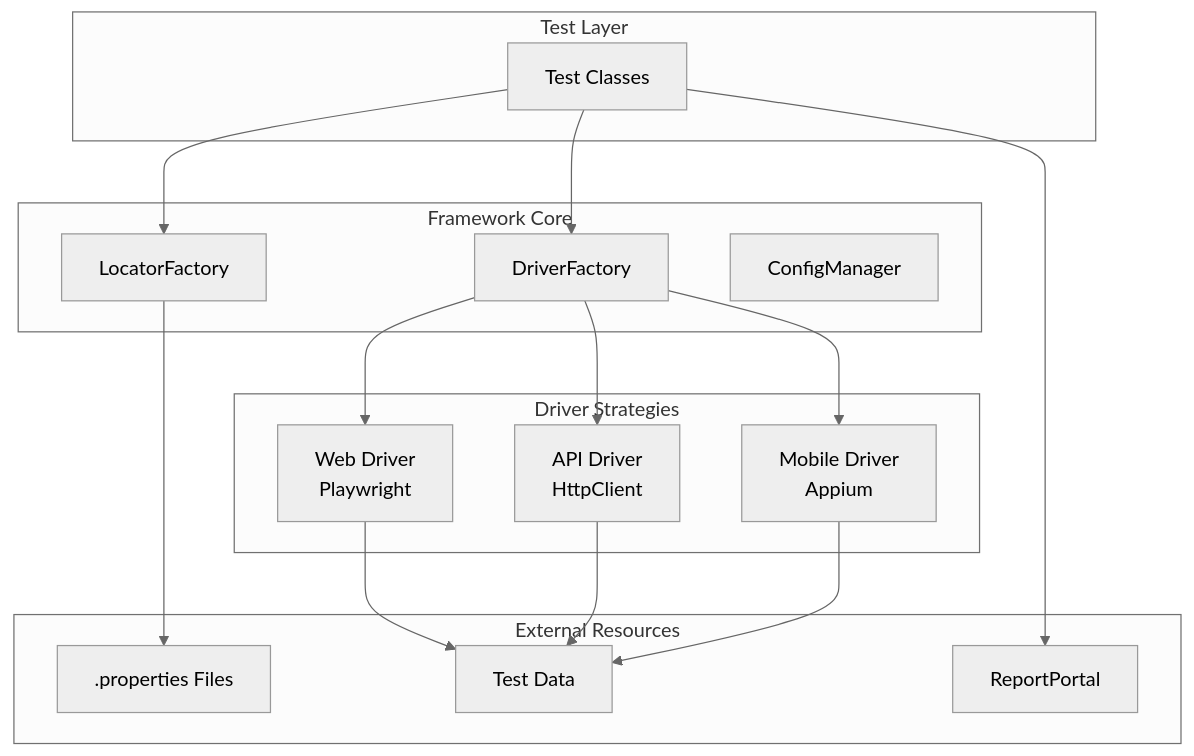
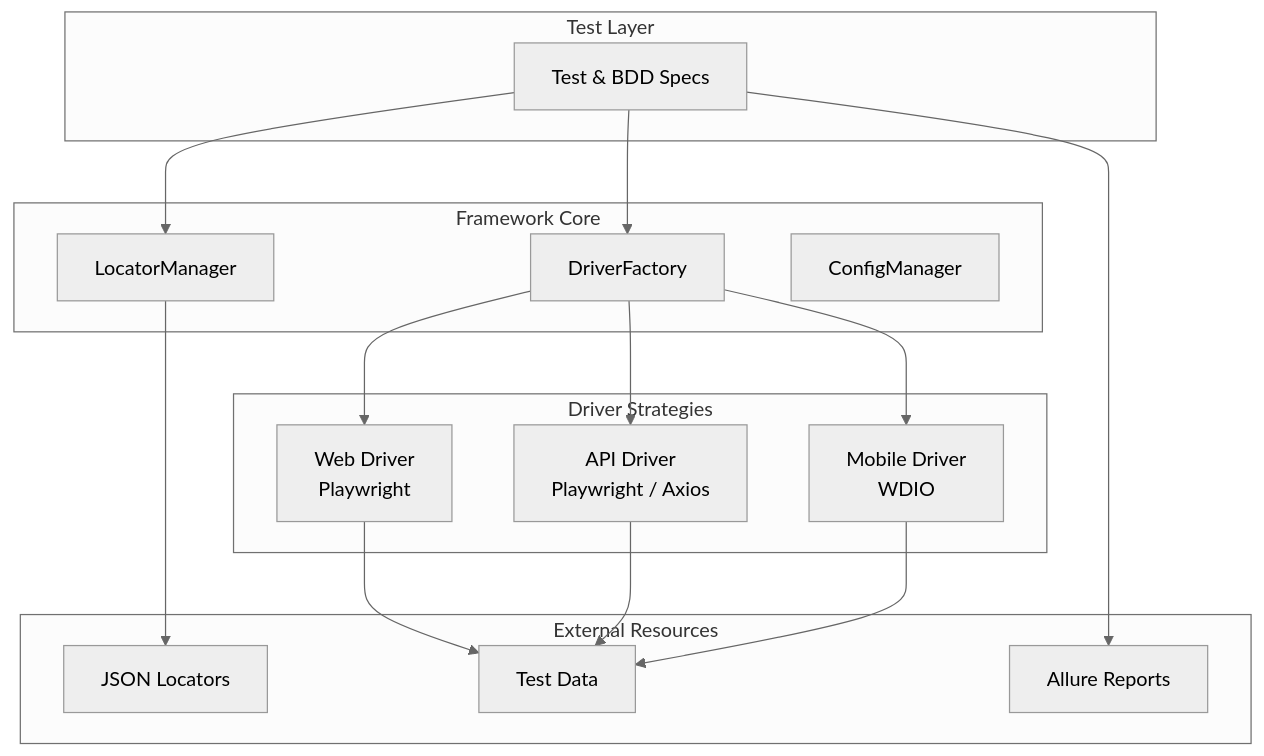
Before and after one commit to vinipx/taflex: the diagram in documentation/docs/index.md, drawn with Mermaid (neutral theme). The commit also changed other lines of this file and 69 other files, not shown here.

````diff
--- a/documentation/docs/index.md
+++ b/documentation/docs/index.md
@@ -98,35 +73,35 @@
 ```mermaid
 flowchart TB
     subgraph "Test Layer"
-        T[Test Classes]
+        T[Test & BDD Specs]
     end
 
     subgraph "Framework Core"
         F[DriverFactory]
-        L[LocatorFactory]
+        L[LocatorManager]
         C[ConfigManager]
     end
 
     subgraph "Driver Strategies"
         W[Web Driver<br/>Playwright]
-        A[API Driver<br/>HttpClient]
-        M[Mobile Driver<br/>Appium]
+        A[API Driver<br/>Playwright / Axios]
+        M[Mobile Driver<br/>WDIO]
     end
 
     subgraph "External Resources"
-        P[.properties Files]
+        P[JSON Locators]
         D[Test Data]
-        R[ReportPortal]
+        R[Allure Reports]
     end
 
     T --> F
     T --> L
     F --> W
     F --> A
     F --> M
     L --> P
     W --> D
     A --> D
     M --> D
     T --> R
 ```
````
